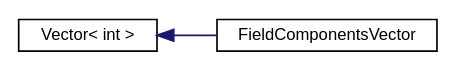
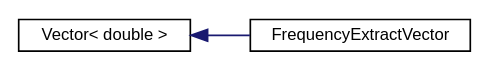
Before and after one commit to UCL/TDMS: the diagram in inherit_graph_34.dot, drawn with Graphviz. The commit also changed 140 other files, not shown here.

```diff
--- a/inherit_graph_34.dot
+++ b/inherit_graph_34.dot
@@ -1,10 +1,10 @@
 digraph "Graphical Class Hierarchy"
 {
  // LATEX_PDF_SIZE
   edge [fontname="Helvetica",fontsize="10",labelfontname="Helvetica",labelfontsize="10"];
   node [fontname="Helvetica",fontsize="10",shape=record];
   rankdir="LR";
-  Node0 [label="Vector\< int \>",height=0.2,width=0.4,color="black", fillcolor="white", style="filled",URL="$classVector.html",tooltip=" "];
+  Node0 [label="Vector\< double \>",height=0.2,width=0.4,color="black", fillcolor="white", style="filled",URL="$classVector.html",tooltip=" "];
   Node0 -> Node1 [dir="back",color="midnightblue",fontsize="10",style="solid",fontname="Helvetica"];
-  Node1 [label="FieldComponentsVector",height=0.2,width=0.4,color="black", fillcolor="white", style="filled",URL="$classFieldComponentsVector.html",tooltip=" "];
+  Node1 [label="FrequencyExtractVector",height=0.2,width=0.4,color="black", fillcolor="white", style="filled",URL="$classFrequencyExtractVector.html",tooltip=" "];
 }
```
